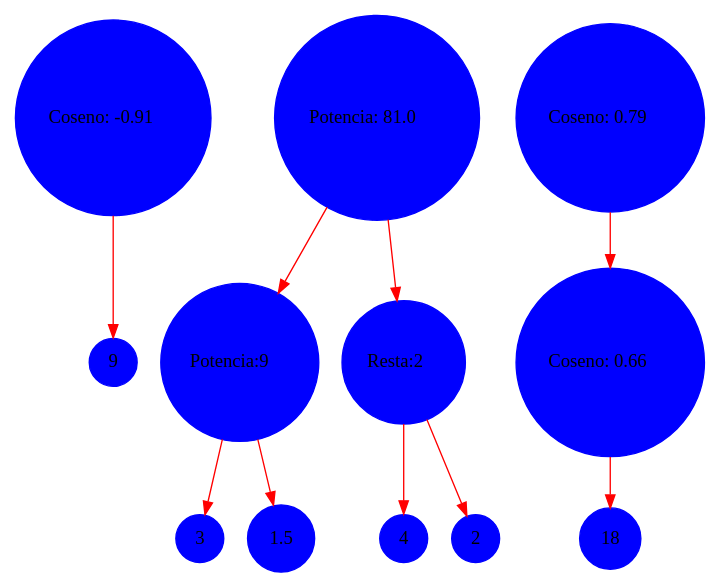
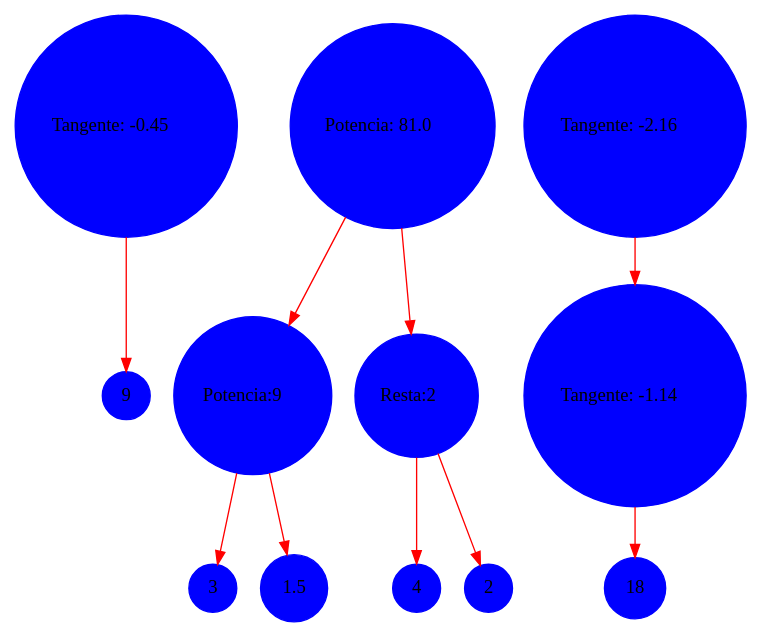
One commit to Jhonsagui81/-LFP-royecto1_202106003 changed the diagram in Documentacion/grafo.dot. Above: the diagram before and after it, drawn with Graphviz. The commit also changed 3 other files, not shown here.

```diff
--- a/Documentacion/grafo.dot
+++ b/Documentacion/grafo.dot
@@ -1,24 +1,24 @@
 digraph {
 	rankdir=TB
 	9 [shape=circle style=filled color = blue]
- 	coseno1 -> 9 [shape=record color=red]
-	coseno1 [shape=circle style=filled color = blue, label=<Coseno: -0.91>]
+ 	tangente1 -> 9 [shape=record color=red]
+	tangente1 [shape=circle style=filled color = blue, label=<Tangente: -0.45>]
  	3 [shape=circle style=filled color = blue]
  	Potencia102 -> 3 [shape=record color=red]
 	1.5 [shape=circle style=filled color = blue]
  	Potencia102 -> 1.5 [shape=record color=red]
 	Potencia102 [shape=circle style=filled color = blue, label=<Potencia:9>]
  	potencia2 -> Potencia102 [shape=record color=red]
 	4 [shape=circle style=filled color = blue]
  	Resta102 -> 4 [shape=record color=red]
 	2 [shape=circle style=filled color = blue]
  	Resta102 -> 2 [shape=record color=red]
 	Resta102 [shape=circle style=filled color = blue, label=<Resta:2>]
  	potencia2 -> Resta102 [shape=record color=red]
 	potencia2 [shape=circle style=filled color = blue, label=<Potencia: 81.0>]
  	18 [shape=circle style=filled color = blue]
- 	Coseno103 -> 18 [shape=record color=red]
-	Coseno103 [shape=circle style=filled color = blue, label=<Coseno: 0.66>]
- 	coseno3 -> Coseno103 [shape=record color=red]
-	coseno3 [shape=circle style=filled color = blue, label=<Coseno: 0.79>]
+ 	Tangente103 -> 18 [shape=record color=red]
+	Tangente103 [shape=circle style=filled color = blue, label=<Tangente: -1.14>]
+ 	tangente3 -> Tangente103 [shape=record color=red]
+	tangente3 [shape=circle style=filled color = blue, label=<Tangente: -2.16>]
  }
```
